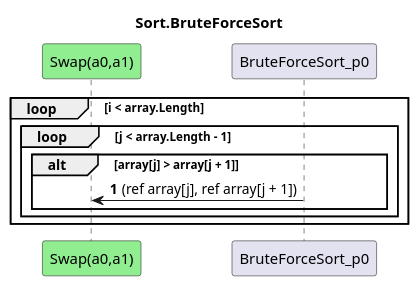
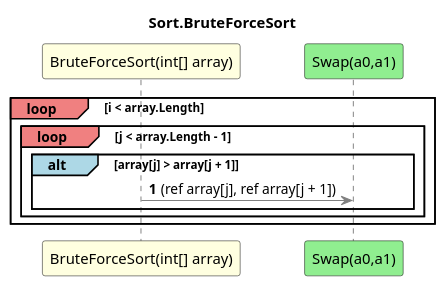
The diagram in SortingAlgorithms.ConApp/diagrams/sq_Sort_BruteForceSort.puml (leoggehrer/2324-34_ABIF_ACIF_POSE), drawn with PlantUML before and after one commit. The commit also changed 37 other files, not shown here.

```diff
--- a/SortingAlgorithms.ConApp/diagrams/sq_Sort_BruteForceSort.puml
+++ b/SortingAlgorithms.ConApp/diagrams/sq_Sort_BruteForceSort.puml
@@ -1,12 +1,13 @@
 @startuml Sort.BruteForceSort
 title Sort.BruteForceSort
+participant "BruteForceSort(int[] array)" as BruteForceSort_p0 #LightYellow
 participant "Swap(a0,a1)" as Swap_a0_a1 #LightGreen
 autonumber
-loop i < array.Length
-    loop j < array.Length - 1
-        alt array[j] > array[j + 1]
-            BruteForceSort_p0 -> Swap_a0_a1 : (ref array[j], ref array[j + 1])
+loop#LightCoral i < array.Length
+    loop#LightCoral j < array.Length - 1
+        alt#LightBlue array[j] > array[j + 1]
+            BruteForceSort_p0 -[#grey]> Swap_a0_a1 : (ref array[j], ref array[j + 1])
         end
     end
 end
 @enduml
```
